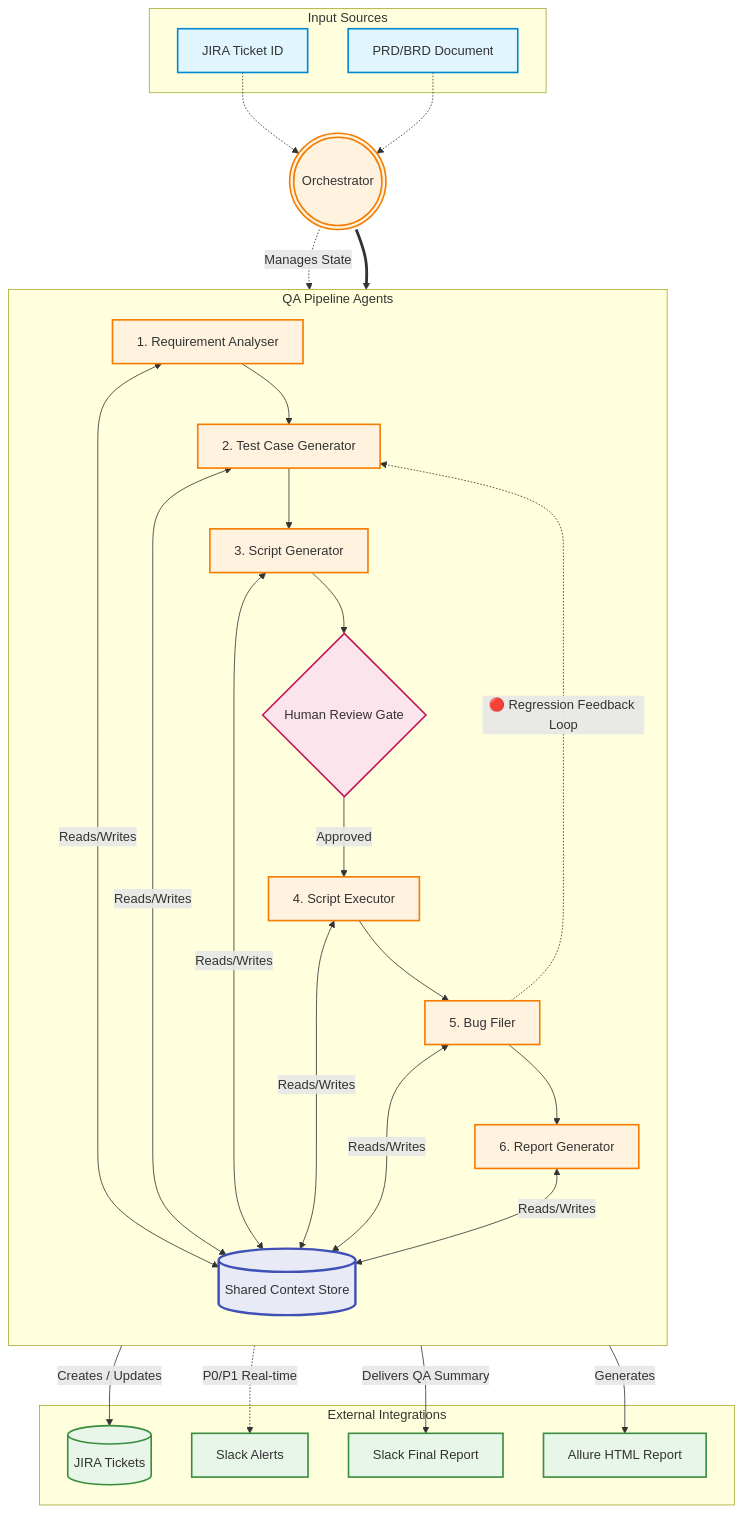
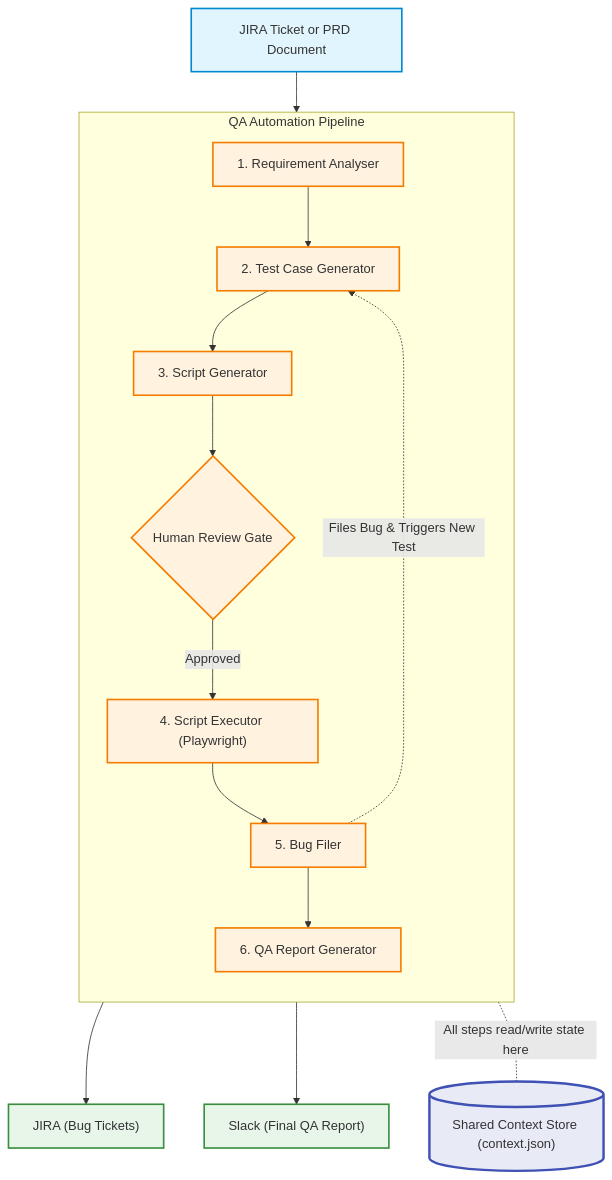
One commit to palkitrathod/QA_Full_Workflow changed the diagram in README.md. Above: the diagram before and after it, drawn with Mermaid.

Commit message:
Simplify architecture diagram in README

````diff
--- a/README.md
+++ b/README.md
@@ -7,74 +7,44 @@
 ```mermaid
 flowchart TD
-    %% Input Sources
-    subgraph Inputs ["Input Sources"]
-        A1["JIRA Ticket ID"]
-        A2["PRD/BRD Document"]
-    end
+    %% Input
+    Input["JIRA Ticket or PRD Document"]
 
-    %% Central Controller & State
-    O((("Orchestrator")))
-    CTX[("Shared Context Store")]
-
-    A1 -.-> O
-    A2 -.-> O
-    O -.->|"Manages State"| CTX
-
-    %% Pipeline Agents
-    subgraph Pipeline ["QA Pipeline Agents"]
+    %% Core Pipeline
+    subgraph Pipeline ["QA Automation Pipeline"]
         direction TB
         S1["1. Requirement Analyser"]
         S2["2. Test Case Generator"]
         S3["3. Script Generator"]
         HG{"Human Review Gate"}
-        S4["4. Script Executor"]
+        S4["4. Script Executor (Playwright)"]
         S5["5. Bug Filer"]
-        S6["6. Report Generator"]
+        S6["6. QA Report Generator"]
 
-        S1 <-->|"Reads/Writes"| CTX
-        S2 <-->|"Reads/Writes"| CTX
-        S3 <-->|"Reads/Writes"| CTX
-        S4 <-->|"Reads/Writes"| CTX
-        S5 <-->|"Reads/Writes"| CTX
-        S6 <-->|"Reads/Writes"| CTX
-
-        S1 --> S2
-        S2 --> S3
-        S3 --> HG
-        HG -->|"Approved"| S4
-        S4 --> S5
-        S5 --> S6
+        S1 --> S2 --> S3 --> HG
+        HG -->|"Approved"| S4 --> S5 --> S6
         
-        %% Regression Feedback Loop
-        S5 -.->|"🔴 Regression Feedback Loop"| S2
+        %% Regression Loop
+        S5 -.->|"Files Bug & Triggers New Test"| S2
     end
 
-    O ==> Pipeline
+    %% State
+    CTX[("Shared Context Store (context.json)")]
+    Pipeline -.-|"All steps read/write state here"| CTX
 
-    %% Outputs
-    subgraph Outputs ["External Integrations"]
-        J1[("JIRA Tickets")]
-        S_Alert["Slack Alerts"]
-        S_Report["Slack Final Report"]
-        A_Report["Allure HTML Report"]
-    end
+    %% Connections
+    Input --> S1
+    S5 --> JIRA["JIRA (Bug Tickets)"]
+    S6 --> Slack["Slack (Final QA Report)"]
 
-    %% Connections to outputs
-    S5 -->|"Creates / Updates"| J1
-    S5 -.->|"P0/P1 Real-time"| S_Alert
-    S6 -->|"Delivers QA Summary"| S_Report
-    S4 -->|"Generates"| A_Report
-
+    %% Styling
     classDef default fill:#f9f9f9,stroke:#333,stroke-width:2px;
     classDef input fill:#e1f5fe,stroke:#0288d1;
     classDef core fill:#fff3e0,stroke:#f57c00;
     classDef output fill:#e8f5e9,stroke:#388e3c;
-    classDef gate fill:#fce4ec,stroke:#c2185b;
     classDef store fill:#e8eaf6,stroke:#3f51b5,stroke-width:3px;
-
-    class A1,A2 input;
-    class O,S1,S2,S3,S4,S5,S6 core;
-    class J1,S_Alert,S_Report,A_Report output;
-    class HG gate;
+    
+    class Input input;
+    class JIRA,Slack output;
     class CTX store;
+    class S1,S2,S3,HG,S4,S5,S6 core;
 ```
````
